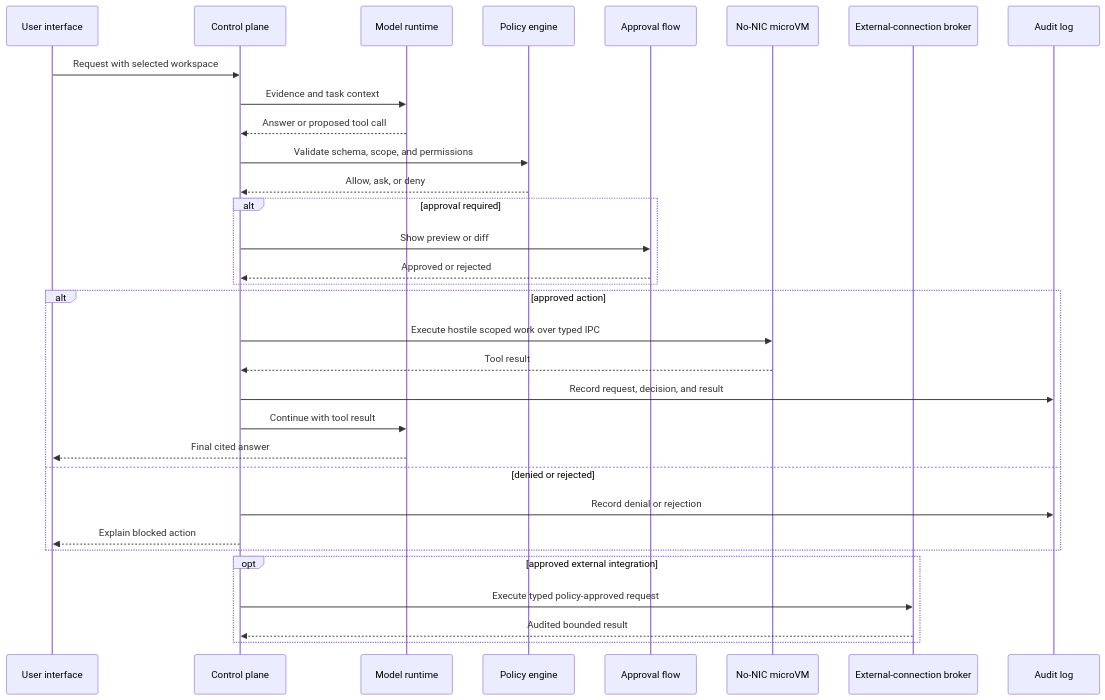
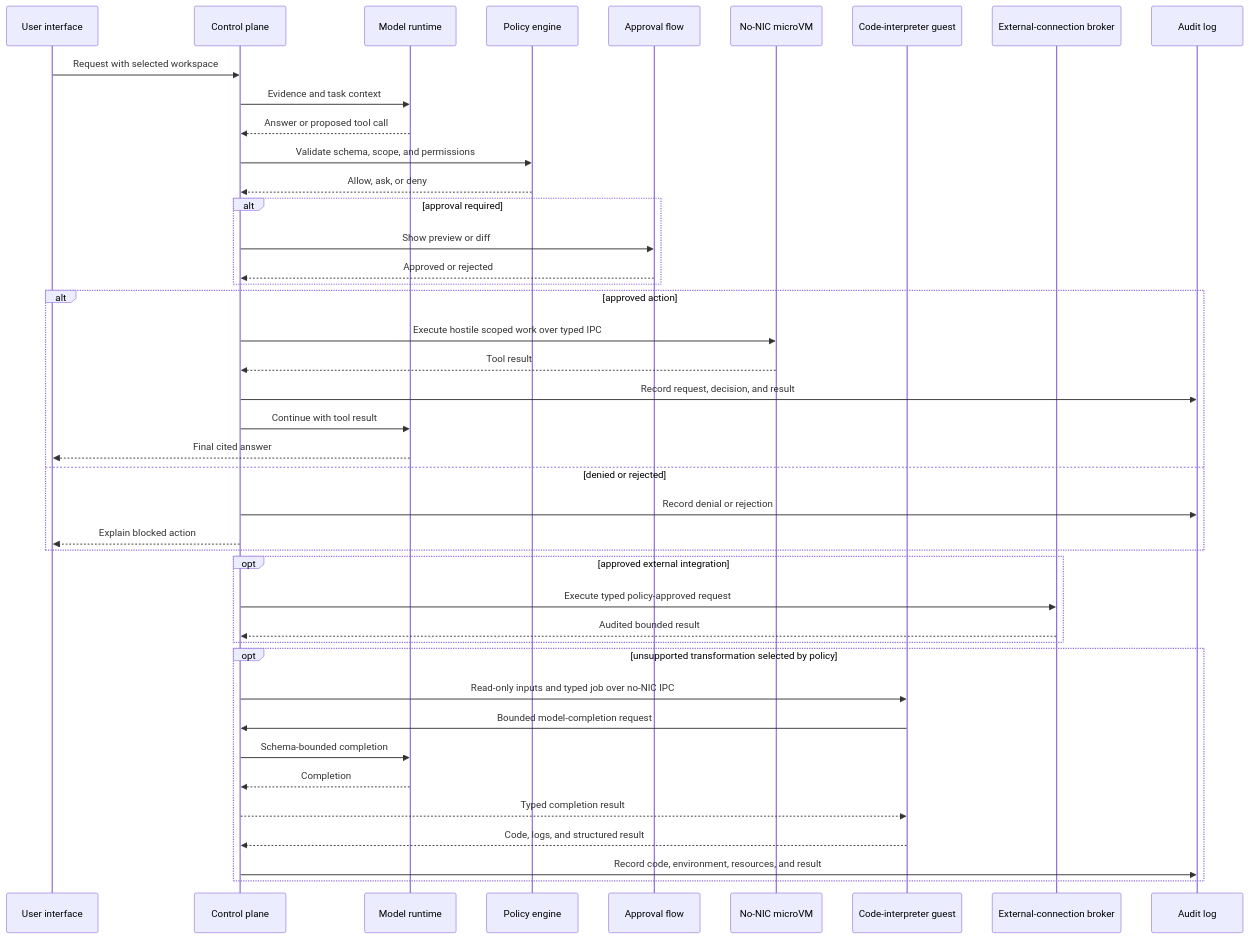
The diagram in docs/diagrams/security-boundaries.md (alex-alecu/vault-desk), drawn with Mermaid before and after one commit. The commit also changed other lines of this file and 30 other files, not shown here.

First line of the commit message:
docs: refine offline desktop architecture

````diff
--- a/docs/diagrams/security-boundaries.md
+++ b/docs/diagrams/security-boundaries.md
@@ -5,35 +5,45 @@
 ```mermaid
 sequenceDiagram
     participant UI as User interface
     participant CP as Control plane
     participant Model as Model runtime
     participant Policy as Policy engine
     participant Approval as Approval flow
     participant Sandbox as No-NIC microVM
+    participant Code as Code-interpreter guest
     participant Broker as External-connection broker
     participant Audit as Audit log
 
     UI->>CP: Request with selected workspace
     CP->>Model: Evidence and task context
     Model-->>CP: Answer or proposed tool call
     CP->>Policy: Validate schema, scope, and permissions
     Policy-->>CP: Allow, ask, or deny
     alt approval required
         CP->>Approval: Show preview or diff
         Approval-->>CP: Approved or rejected
     end
     alt approved action
         CP->>Sandbox: Execute hostile scoped work over typed IPC
         Sandbox-->>CP: Tool result
         CP->>Audit: Record request, decision, and result
         CP->>Model: Continue with tool result
         Model-->>UI: Final cited answer
     else denied or rejected
         CP->>Audit: Record denial or rejection
         CP-->>UI: Explain blocked action
     end
     opt approved external integration
         CP->>Broker: Execute typed policy-approved request
         Broker-->>CP: Audited bounded result
     end
+    opt unsupported transformation selected by policy
+        CP->>Code: Read-only inputs and typed job over no-NIC IPC
+        Code->>CP: Bounded model-completion request
+        CP->>Model: Schema-bounded completion
+        Model-->>CP: Completion
+        CP-->>Code: Typed completion result
+        Code-->>CP: Code, logs, and structured result
+        CP->>Audit: Record code, environment, resources, and result
+    end
 ```
````
